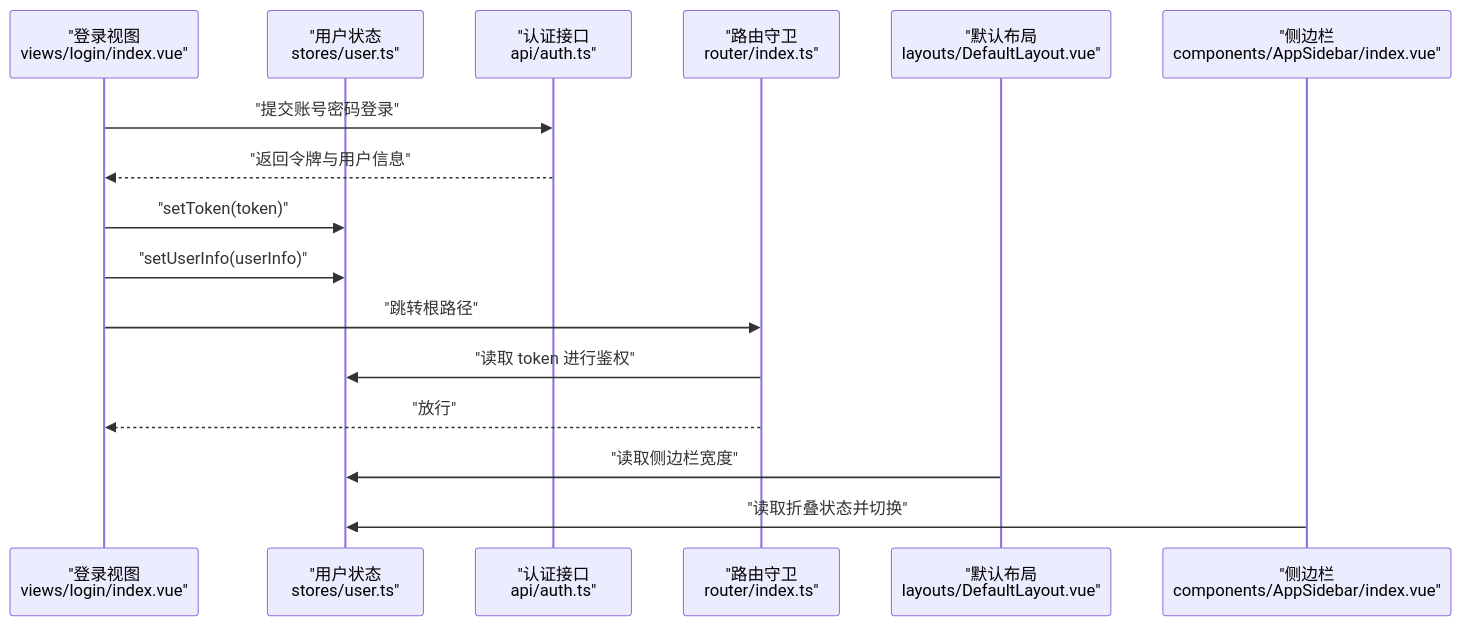
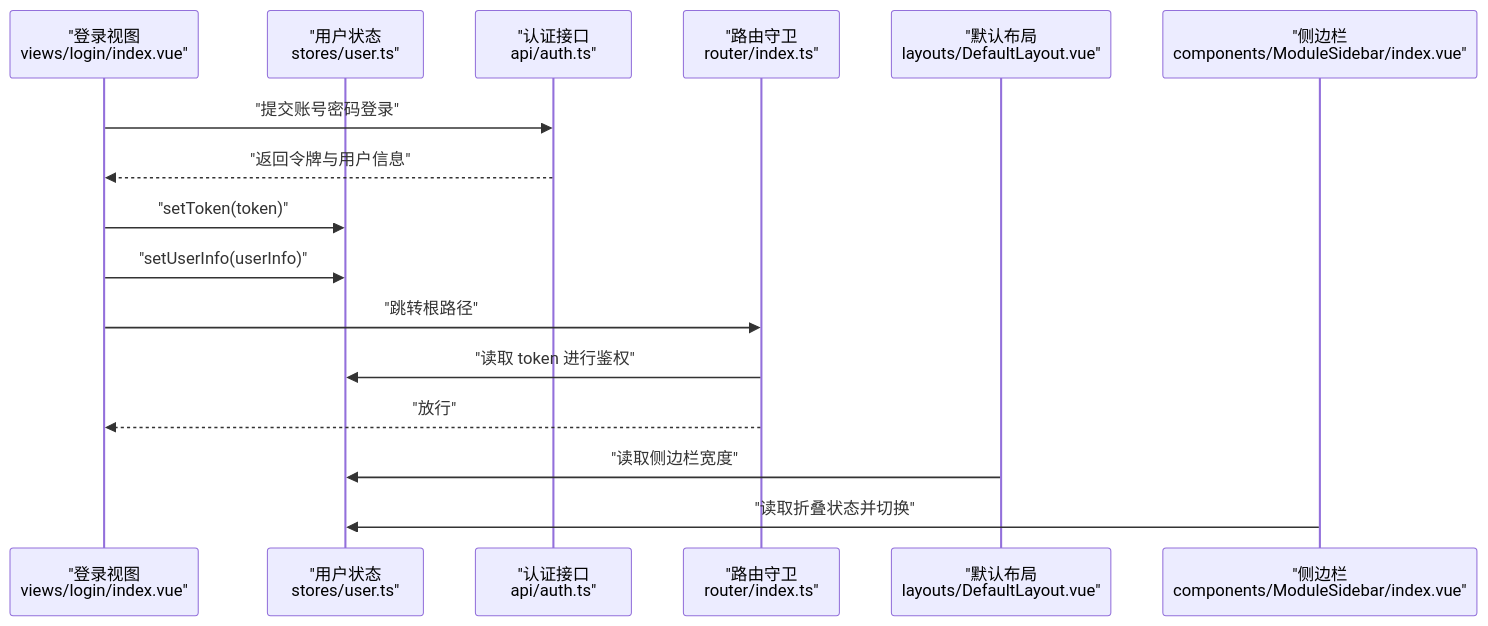
The second of 7 diagrams in .AI/Wiki/Web 管理后台/状态管理.md (War-Blood/WX_APP_OA), drawn with Mermaid before and after one commit. The commit also changed other lines of this file and 107 other files, not shown here.

````diff
--- a/.AI/Wiki/Web 管理后台/状态管理.md
+++ b/.AI/Wiki/Web 管理后台/状态管理.md
@@ -105,18 +105,18 @@
 ```mermaid
 sequenceDiagram
 participant V as "登录视图<br/>views/login/index.vue"
 participant US as "用户状态<br/>stores/user.ts"
 participant API as "认证接口<br/>api/auth.ts"
 participant RT as "路由守卫<br/>router/index.ts"
 participant L as "默认布局<br/>layouts/DefaultLayout.vue"
-participant SB as "侧边栏<br/>components/AppSidebar/index.vue"
+participant SB as "侧边栏<br/>components/ModuleSidebar/index.vue"
 V->>API : "提交账号密码登录"
 API-->>V : "返回令牌与用户信息"
 V->>US : "setToken(token)"
 V->>US : "setUserInfo(userInfo)"
 V->>RT : "跳转根路径"
 RT->>US : "读取 token 进行鉴权"
 RT-->>V : "放行"
 L->>US : "读取侧边栏宽度"
 SB->>US : "读取折叠状态并切换"
 ```
````
